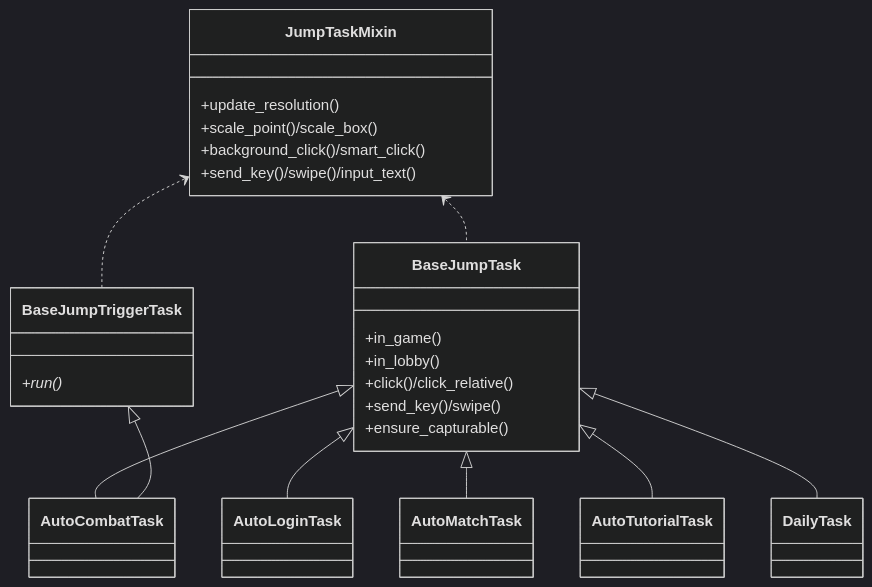
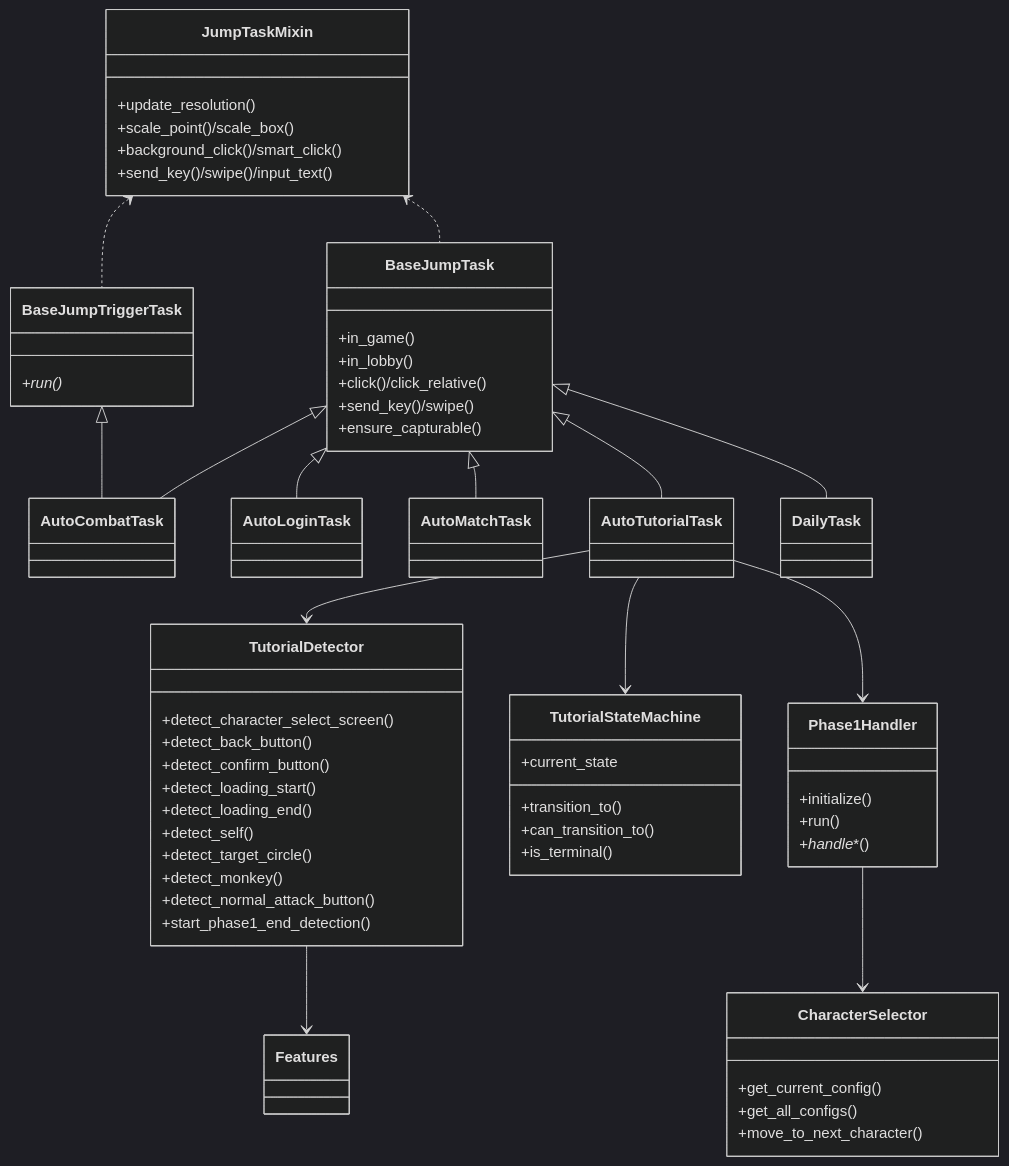
One commit to xsy098-max/ok-jump changed the eighth of 8 diagrams in .qoder/repowiki/zh/content/配置系统/任务配置.md. Above: the diagram before and after it, drawn with Mermaid (dark theme). The commit also changed other lines of this file and 13 other files, not shown here.

````diff
--- a/.qoder/repowiki/zh/content/配置系统/任务配置.md
+++ b/.qoder/repowiki/zh/content/配置系统/任务配置.md
@@ -497,32 +563,65 @@
 ```mermaid
 classDiagram
 class BaseJumpTask {
 +in_game()
 +in_lobby()
 +click()/click_relative()
 +send_key()/swipe()
 +ensure_capturable()
 }
 class BaseJumpTriggerTask {
 +run()*
 }
 class JumpTaskMixin {
 +update_resolution()
 +scale_point()/scale_box()
 +background_click()/smart_click()
 +send_key()/swipe()/input_text()
 }
 class AutoCombatTask
 class AutoLoginTask
 class AutoMatchTask
 class AutoTutorialTask
 class DailyTask
+class TutorialDetector {
++detect_character_select_screen()
++detect_back_button()
++detect_confirm_button()
++detect_loading_start()
++detect_loading_end()
++detect_self()
++detect_target_circle()
++detect_monkey()
++detect_normal_attack_button()
++start_phase1_end_detection()
+}
+class TutorialStateMachine {
++current_state
++transition_to()
++can_transition_to()
++is_terminal()
+}
+class Phase1Handler {
++initialize()
++run()
++_handle_*()
+}
+class CharacterSelector {
++get_current_config()
++get_all_configs()
++move_to_next_character()
+}
 BaseJumpTask <|-- AutoCombatTask
 BaseJumpTask <|-- AutoLoginTask
 BaseJumpTask <|-- AutoMatchTask
 BaseJumpTask <|-- AutoTutorialTask
 BaseJumpTask <|-- DailyTask
 BaseJumpTriggerTask <|-- AutoCombatTask
 JumpTaskMixin <.. BaseJumpTask
 JumpTaskMixin <.. BaseJumpTriggerTask
+AutoTutorialTask --> TutorialDetector
+AutoTutorialTask --> TutorialStateMachine
+AutoTutorialTask --> Phase1Handler
+Phase1Handler --> CharacterSelector
+TutorialDetector --> Features
 ```
````
